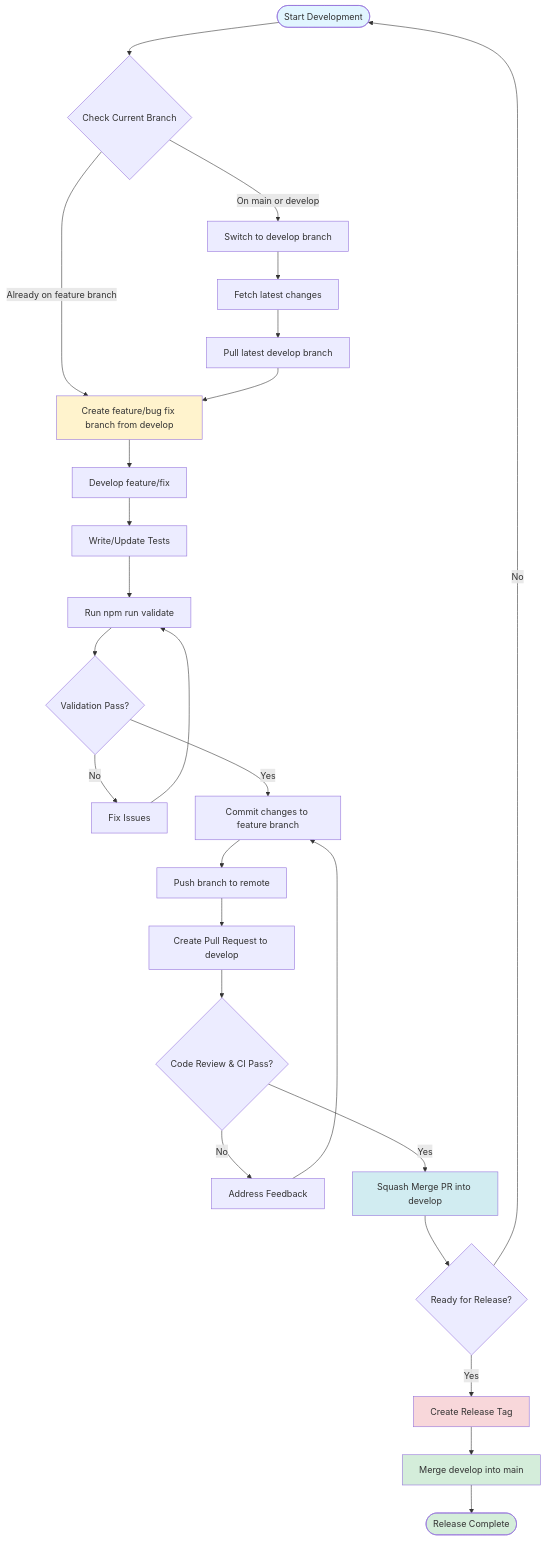
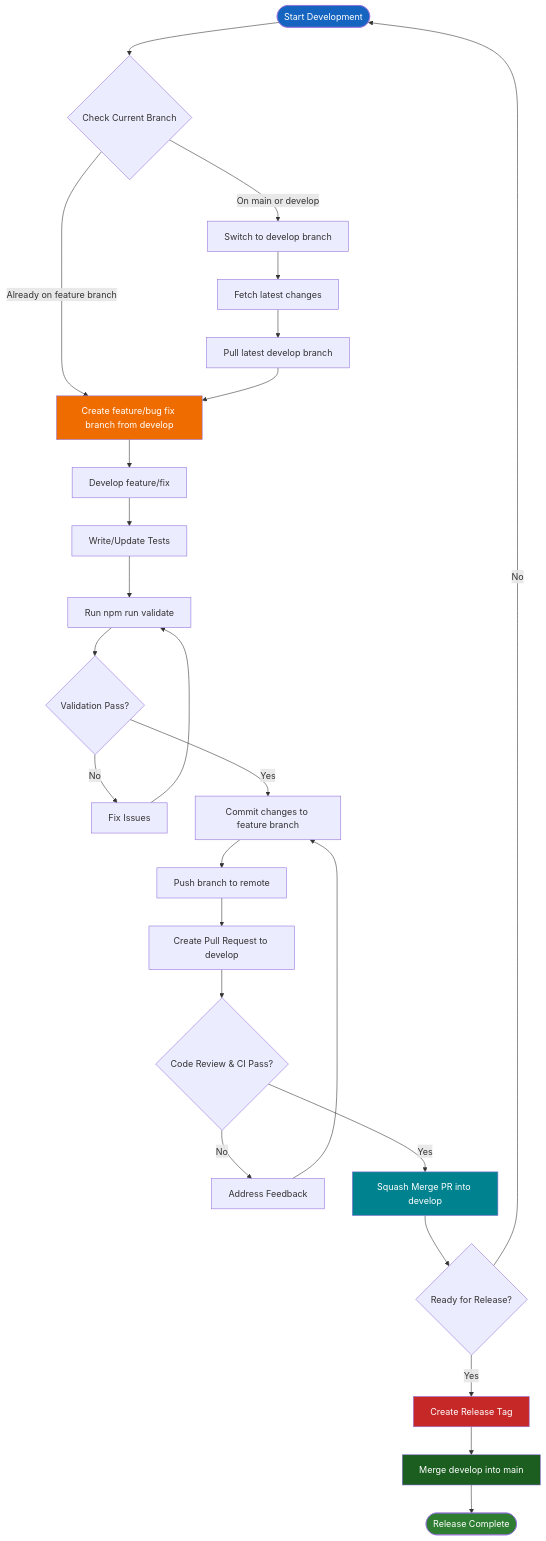
The diagram in docs/development-guide.md (thinhtran3588/nextjs-starter-kit), drawn with Mermaid before and after one commit. The commit also changed 27 other files, not shown here.

First line of the commit message:
feat(docs): add translated docs, Documents dropdown, and doc viewer with Mermaid (#10)

````diff
--- a/docs/development-guide.md
+++ b/docs/development-guide.md
@@ -21,34 +21,34 @@
 ```mermaid
 flowchart TD
     Start([Start Development]) --> CheckBranch{Check Current Branch}
     CheckBranch -->|On main or develop| SwitchToDevelop[Switch to develop branch]
     CheckBranch -->|Already on feature branch| CreateFeatureBranch
     SwitchToDevelop --> FetchLatest[Fetch latest changes]
     FetchLatest --> PullDevelop[Pull latest develop branch]
     PullDevelop --> CreateFeatureBranch[Create feature/bug fix branch from develop]
     CreateFeatureBranch --> Develop[Develop feature/fix]
     Develop --> WriteTests[Write/Update Tests]
     WriteTests --> RunValidation[Run npm run validate]
     RunValidation --> ValidationPass{Validation Pass?}
     ValidationPass -->|No| FixIssues[Fix Issues]
     FixIssues --> RunValidation
     ValidationPass -->|Yes| Commit[Commit changes to feature branch]
     Commit --> Push[Push branch to remote]
     Push --> CreatePR[Create Pull Request to develop]
     CreatePR --> Review{Code Review & CI Pass?}
     Review -->|No| AddressFeedback[Address Feedback]
     AddressFeedback --> Commit
     Review -->|Yes| SquashMerge[Squash Merge PR into develop]
     SquashMerge --> ReleaseReady{Ready for Release?}
     ReleaseReady -->|No| Start
     ReleaseReady -->|Yes| CreateTag[Create Release Tag]
     CreateTag --> MergeToMain[Merge develop into main]
     MergeToMain --> End([Release Complete])
 
-    style Start fill:#e1f5ff
-    style End fill:#d4edda
-    style CreateFeatureBranch fill:#fff3cd
-    style SquashMerge fill:#d1ecf1
-    style CreateTag fill:#f8d7da
-    style MergeToMain fill:#d4edda
+    style Start fill:#1565c0,color:#fff
+    style End fill:#2e7d32,color:#fff
+    style CreateFeatureBranch fill:#ef6c00,color:#fff
+    style SquashMerge fill:#00838f,color:#fff
+    style CreateTag fill:#c62828,color:#fff
+    style MergeToMain fill:#1b5e20,color:#fff
 ```
````
